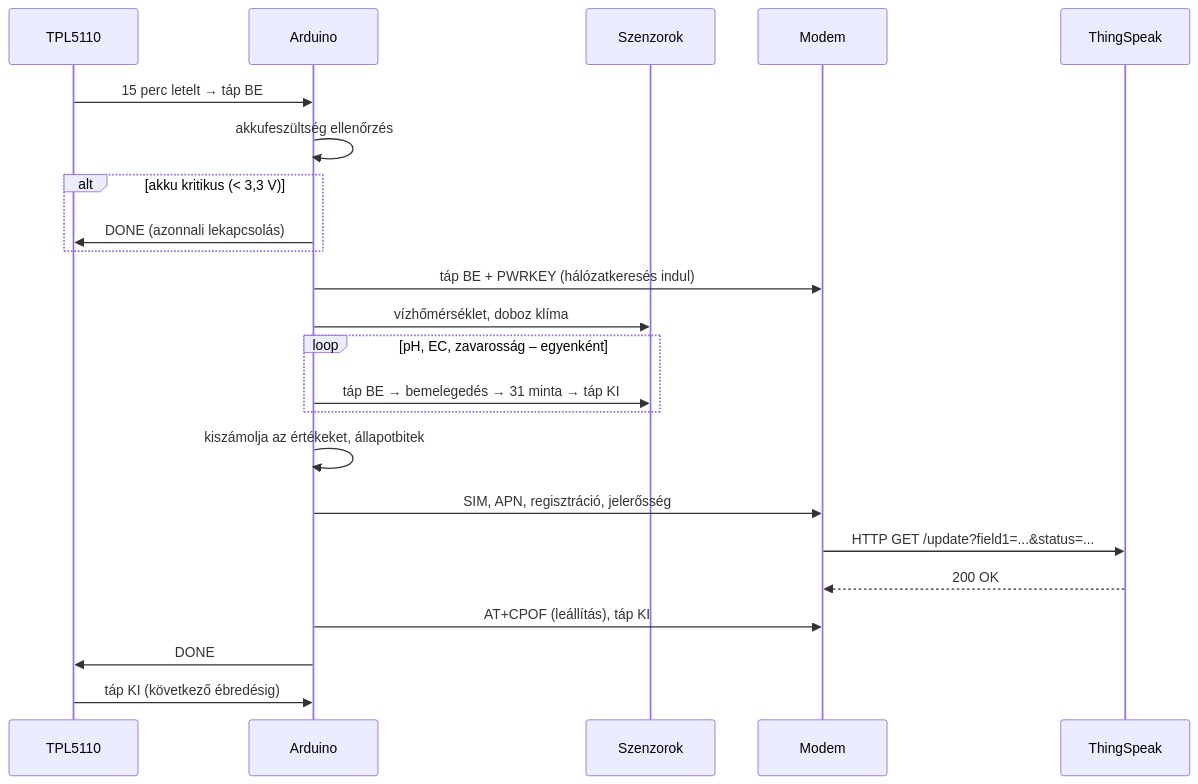
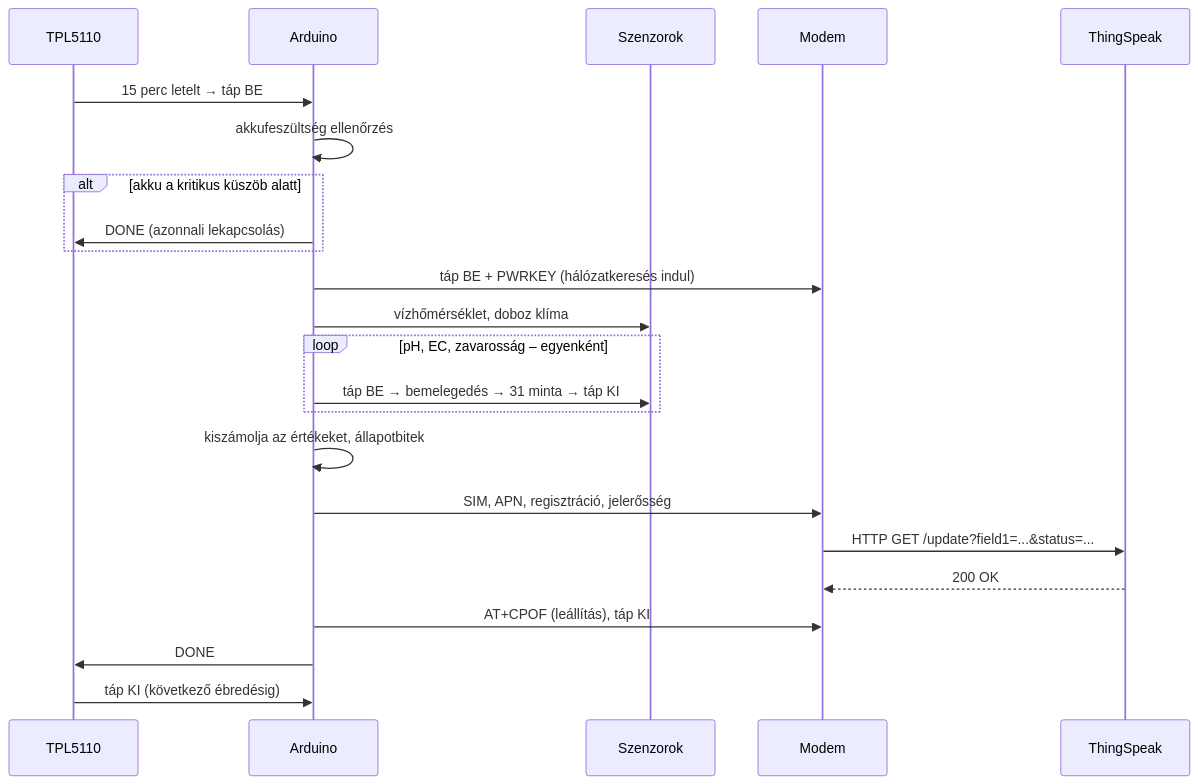
One commit to zui679/vizerzekelo changed the second of 3 diagrams in docs/02_rendszerterv.md. Above: the diagram before and after it, drawn with Mermaid. The commit also changed other lines of this file and 14 other files, not shown here.

````diff
--- a/docs/02_rendszerterv.md
+++ b/docs/02_rendszerterv.md
@@ -43,26 +43,26 @@
 ```mermaid
 sequenceDiagram
     participant TPL as TPL5110
     participant A as Arduino
     participant S as Szenzorok
     participant M as Modem
     participant T as ThingSpeak
 
     TPL->>A: 15 perc letelt → táp BE
     A->>A: akkufeszültség ellenőrzés
-    alt akku kritikus (< 3,3 V)
+    alt akku a kritikus küszöb alatt
         A->>TPL: DONE (azonnali lekapcsolás)
     end
     A->>M: táp BE + PWRKEY (hálózatkeresés indul)
     A->>S: vízhőmérséklet, doboz klíma
     loop pH, EC, zavarosság – egyenként
         A->>S: táp BE → bemelegedés → 31 minta → táp KI
     end
     A->>A: kiszámolja az értékeket, állapotbitek
     A->>M: SIM, APN, regisztráció, jelerősség
     M->>T: HTTP GET /update?field1=...&status=...
     T-->>M: 200 OK
     A->>M: AT+CPOF (leállítás), táp KI
     A->>TPL: DONE
     TPL->>A: táp KI (következő ébredésig)
 ```
````
